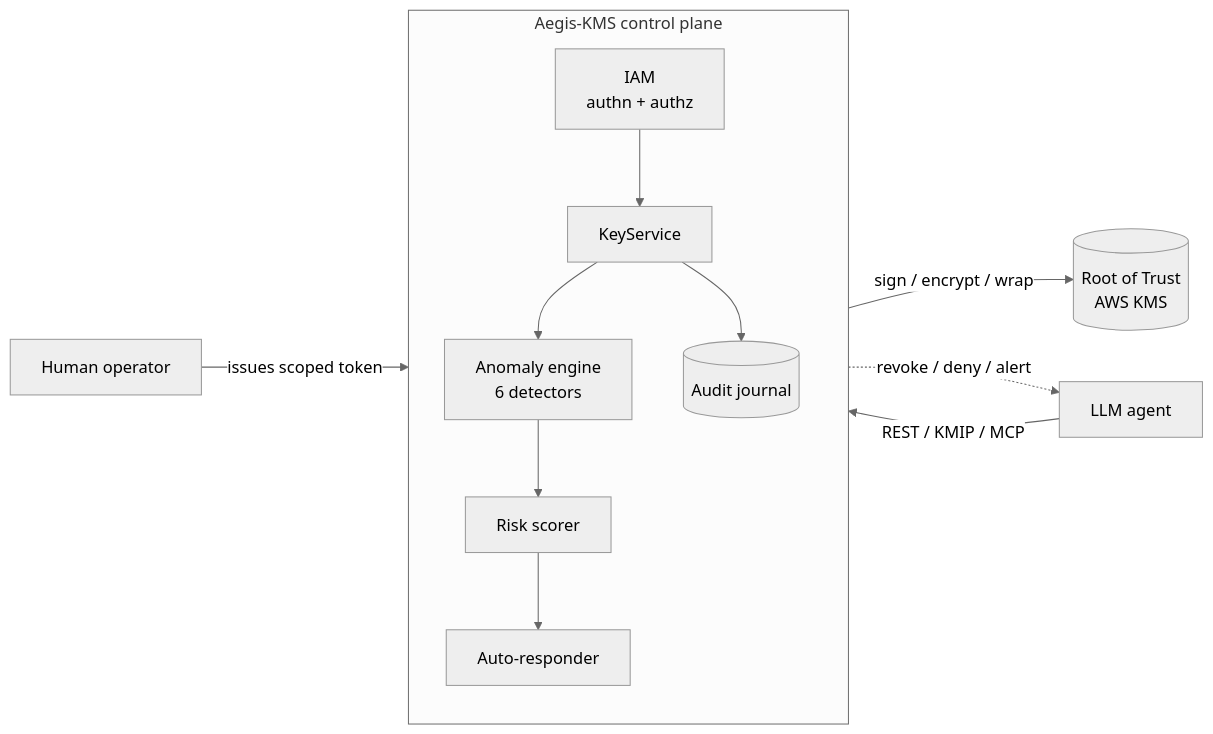
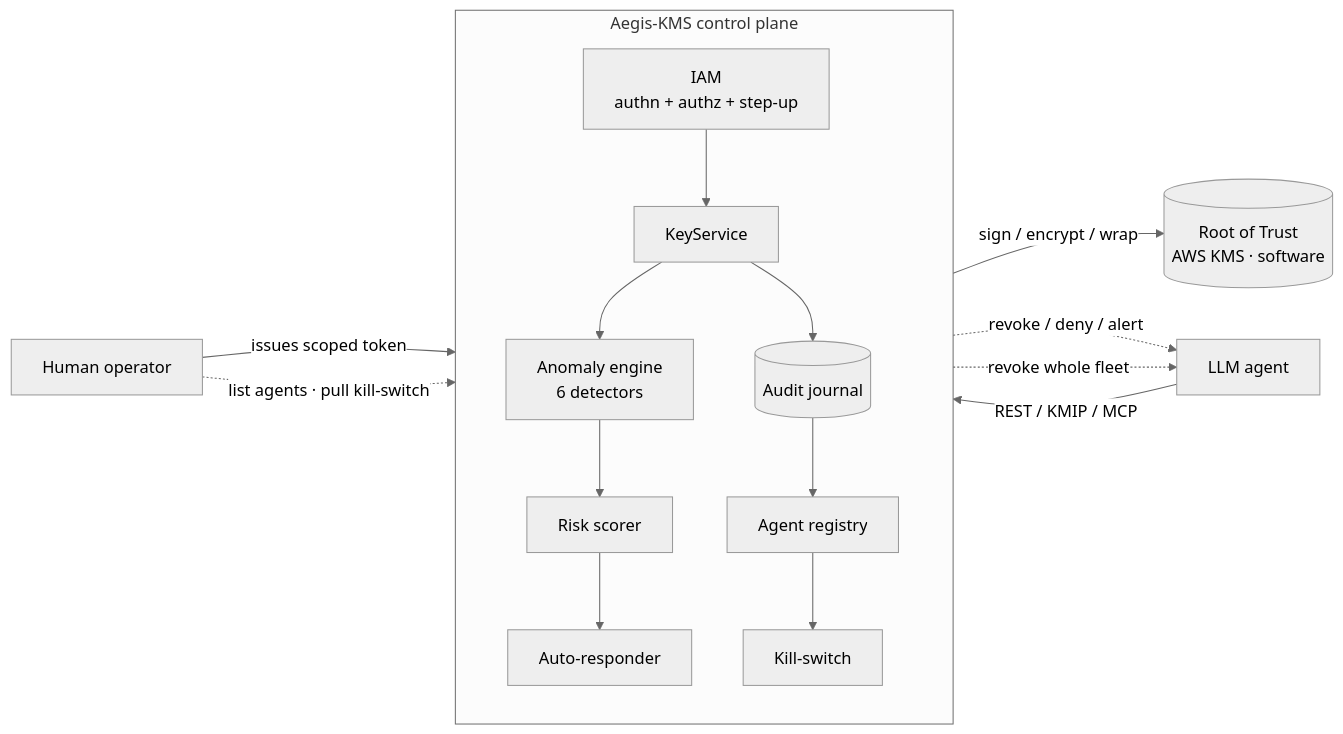
Before and after one commit to sharma-bhaskar/aegis-kms: the diagram in README.md, drawn with Mermaid (neutral theme). The commit also changed other lines of this file and 1 other file, not shown here.

````diff
--- a/README.md
+++ b/README.md
@@ -59,17 +66,21 @@
 ```mermaid
 flowchart LR
     Human["Human operator"] -->|issues scoped token| IAM
     Agent["LLM agent"] -->|"REST / KMIP / MCP"| IAM
 
     subgraph plane["Aegis-KMS control plane"]
         direction TB
-        IAM["IAM<br/>authn + authz"] --> KS["KeyService"]
+        IAM["IAM<br/>authn + authz + step-up"] --> KS["KeyService"]
         KS --> Engine["Anomaly engine<br/>6 detectors"]
         Engine --> Risk["Risk scorer"]
         Risk --> Auto["Auto-responder"]
         KS --> Audit[("Audit journal")]
+        Audit --> Registry["Agent registry"]
+        Registry --> Kill["Kill-switch"]
     end
 
-    KS -->|"sign / encrypt / wrap"| RoT[("Root of Trust<br/>AWS KMS")]
+    KS -->|"sign / encrypt / wrap"| RoT[("Root of Trust<br/>AWS KMS · software")]
     Auto -.->|"revoke / deny / alert"| Agent
+    Kill -.->|"revoke whole fleet"| Agent
+    Human -.->|"list agents · pull kill-switch"| Registry
 ```
````
